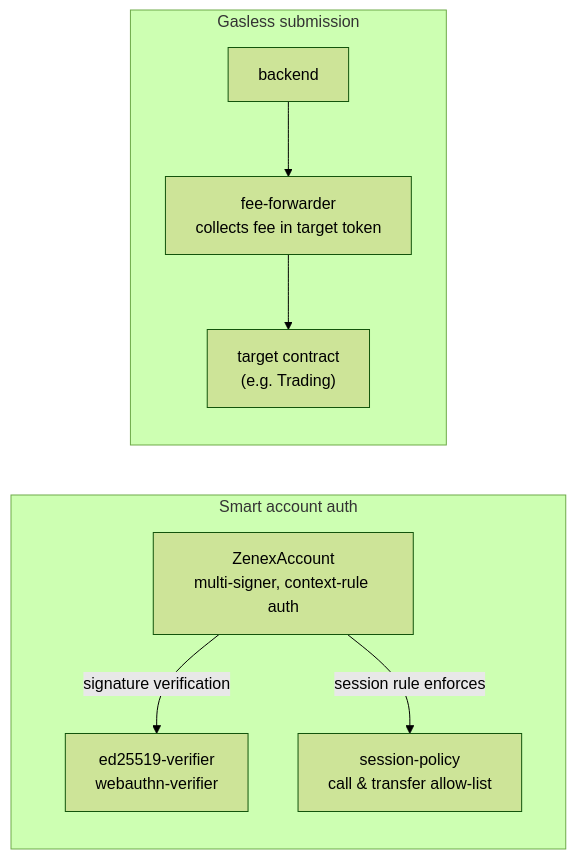
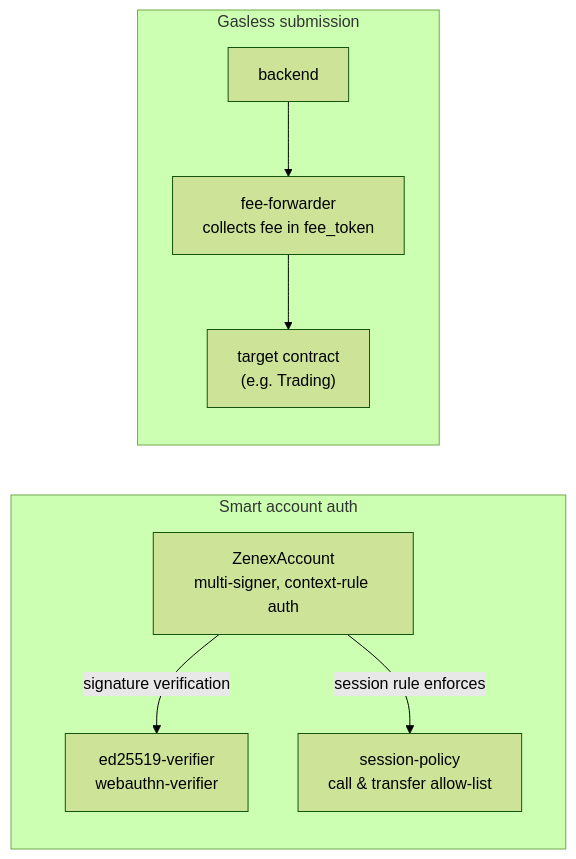
Before and after one commit to zenith-protocols/zenex-docs: the diagram in technical/account/overview.md, drawn with Mermaid (forest theme). The commit also changed other lines of this file and 50 other files, not shown here.

````diff
--- a/technical/account/overview.md
+++ b/technical/account/overview.md
@@ -24,17 +24,17 @@
 ```mermaid
 graph LR
   subgraph SA["Smart account auth"]
     Account["ZenexAccount<br/>multi-signer, context-rule auth"]
     Verifier["ed25519-verifier<br/>webauthn-verifier"]
     Policy["session-policy<br/>call & transfer allow-list"]
     Account -->|signature verification| Verifier
     Account -->|session rule enforces| Policy
   end
 
   subgraph GS["Gasless submission"]
     Backend["backend"]
-    FF["fee-forwarder<br/>collects fee in target token"]
+    FF["fee-forwarder<br/>collects fee in fee_token"]
     Target["target contract<br/>(e.g. Trading)"]
     Backend --> FF --> Target
   end
 ```
````
